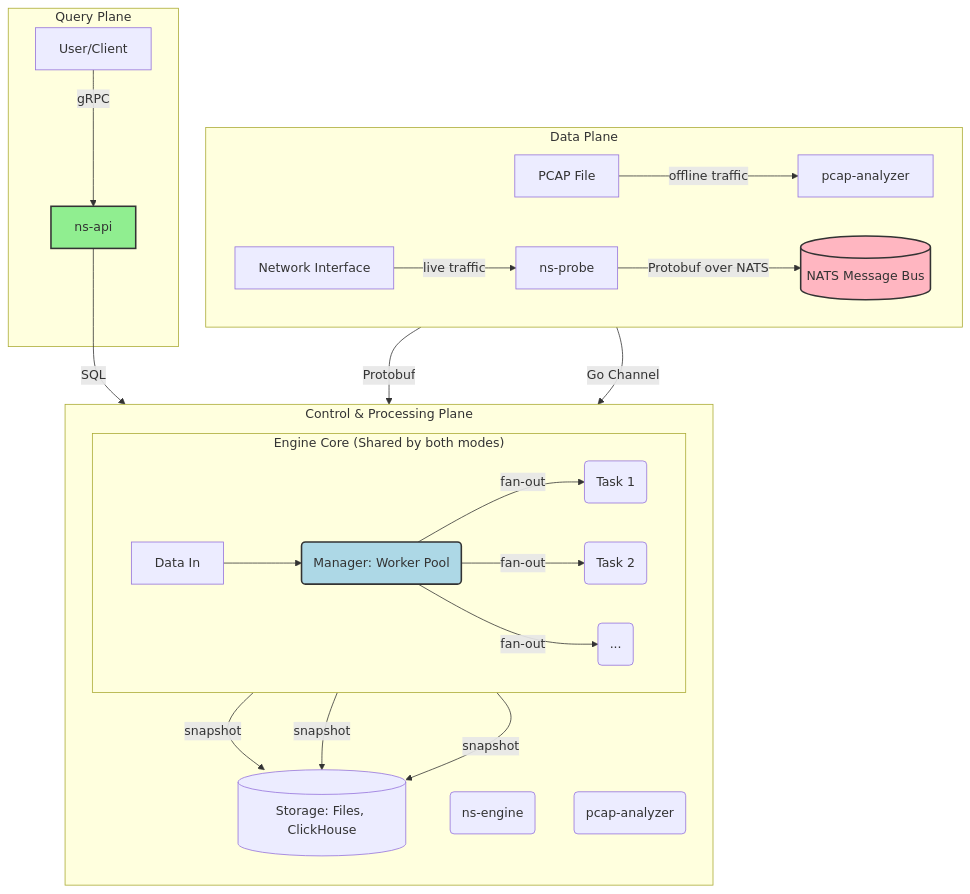
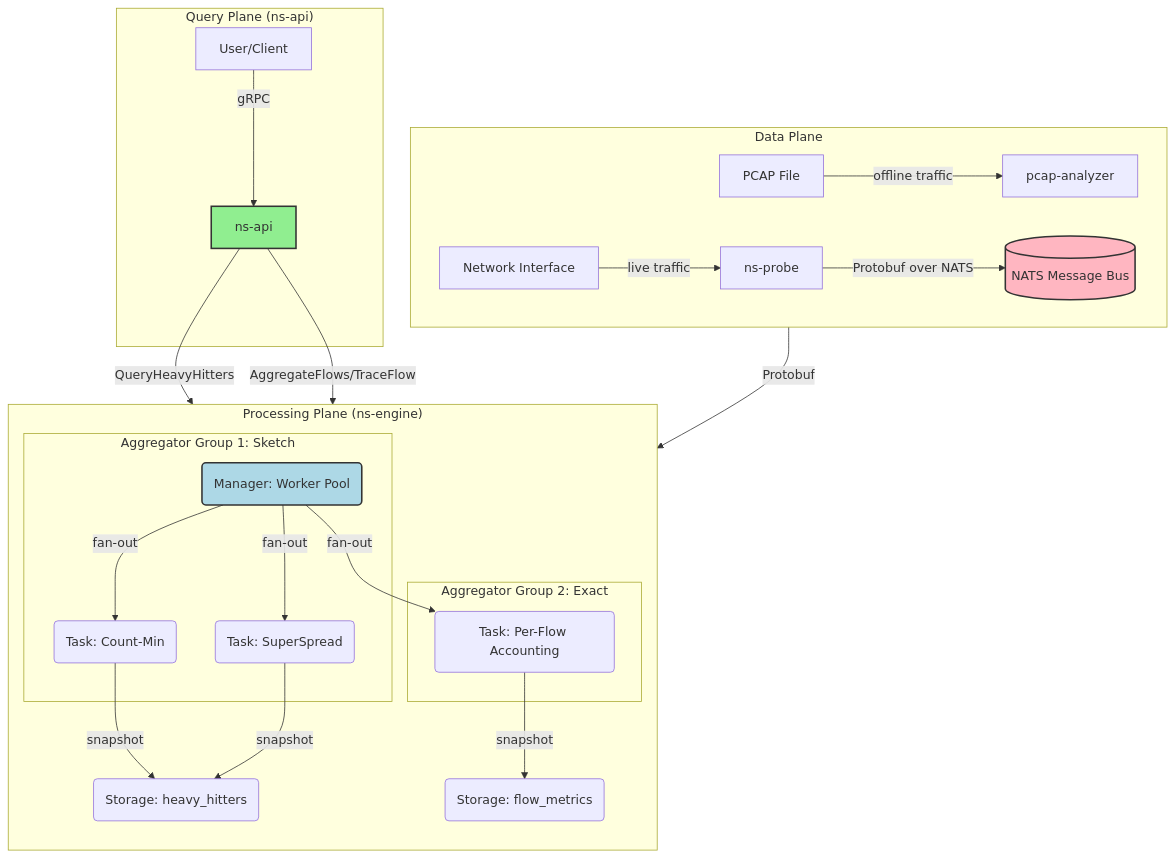
One commit to Decade-qiu/Go2NetSpectra changed the diagram in README.md. Above: the diagram before and after it, drawn with Mermaid. The commit also changed other lines of this file and 3 other files, not shown here.

Commit message:
:memo: docs: update all documents to reflect latest architecture

````diff
--- a/README.md
+++ b/README.md
@@ -20,37 +20,38 @@
 ```mermaid
 graph TD
     subgraph "Data Plane"
         direction LR
         Iface[Network Interface] -- live traffic --> Probe[ns-probe]
         Pcap[PCAP File] -- offline traffic --> Analyzer[pcap-analyzer]
         Probe -- Protobuf over NATS --> NATS[(NATS Message Bus)]
     end
 
-    subgraph "Control & Processing Plane"
+    subgraph "Processing Plane (ns-engine)"
         direction TB
-        NATS -- Protobuf --> Engine_Realtime(ns-engine)
-        Analyzer -- Go Channel --> Engine_Offline(pcap-analyzer)
+        NATS -- Protobuf --> Manager(Manager: Worker Pool)
         
-        subgraph "Engine Core (Shared by both modes)"
-            direction LR
-            Input[Data In] --> Manager(Manager: Worker Pool)
-            Manager -- fan-out --> Task1(Task 1)
-            Manager -- fan-out --> Task2(Task 2)
-            Manager -- fan-out --> TaskN(...)
+        subgraph "Aggregator Group 1: Sketch"
+            Manager -- fan-out --> Task_Sketch1(Task: Count-Min)
+            Manager -- fan-out --> Task_Sketch2(Task: SuperSpread)
         end
 
-        Task1 -- snapshot --> Storage
-        Task2 -- snapshot --> Storage
-        TaskN -- snapshot --> Storage
-        Storage[(Storage: Files, ClickHouse)]
+        subgraph "Aggregator Group 2: Exact"
+            Manager -- fan-out --> Task_Exact1(Task: Per-Flow Accounting)
+        end
+
+        Task_Sketch1 -- snapshot --> Storage_Sketch(Storage: heavy_hitters)
+        Task_Sketch2 -- snapshot --> Storage_Sketch
+        Task_Exact1 -- snapshot --> Storage_Exact(Storage: flow_metrics)
     end
 
-    subgraph "Query Plane"
-        API[ns-api] -- SQL --> Storage
+    subgraph "Query Plane (ns-api)"
+        API[ns-api]
         User[User/Client] -- gRPC --> API
+        API -- QueryHeavyHitters --> Storage_Sketch
+        API -- AggregateFlows/TraceFlow --> Storage_Exact
     end
 
     style NATS fill:#FFB6C1,stroke:#333,stroke-width:2px
     style Manager fill:#ADD8E6,stroke:#333,stroke-width:2px
     style API fill:#90EE90,stroke:#333,stroke-width:2px
 ```
````
